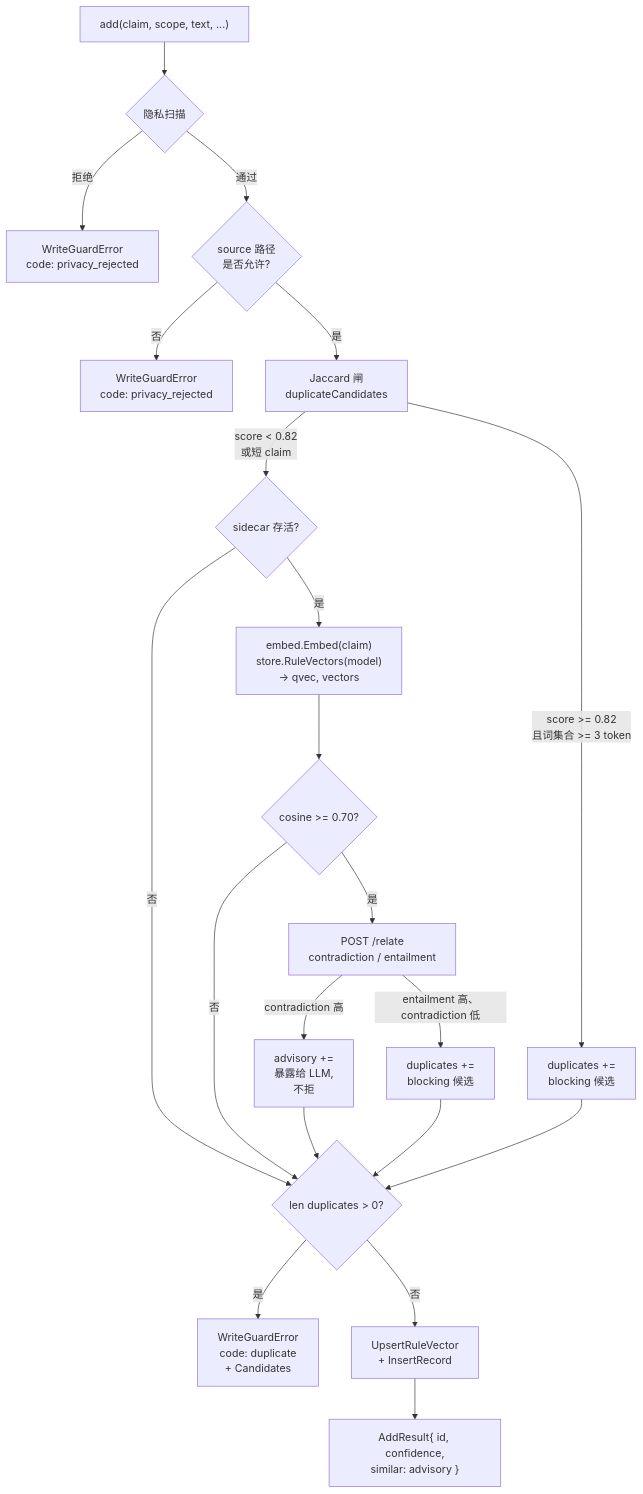
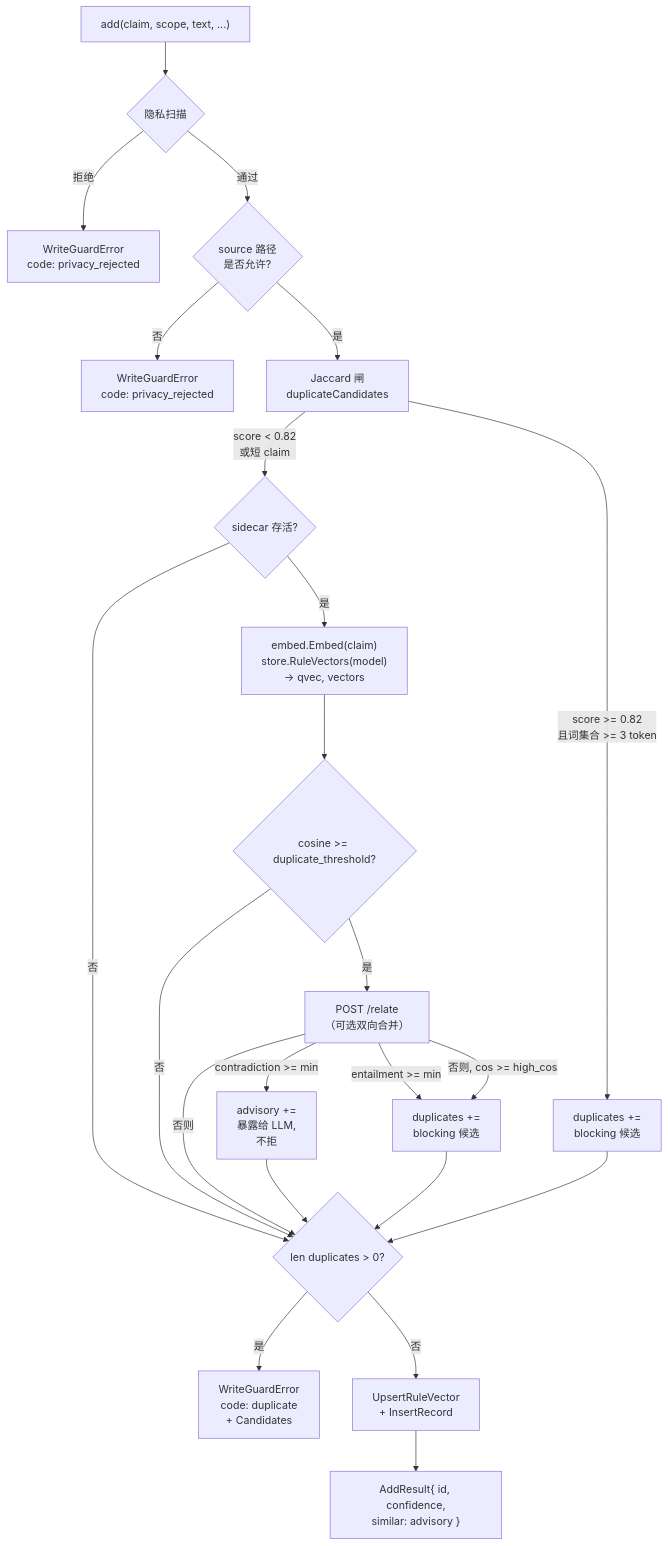
Before and after one commit to SteamedBread2333/imprint: the first of 2 diagrams in docs/semantic-dedup.zh.md, drawn with Mermaid. The commit also changed other lines of this file and 15 other files, not shown here.

````diff
--- a/docs/semantic-dedup.zh.md
+++ b/docs/semantic-dedup.zh.md
@@ -83,23 +83,25 @@
 ```mermaid
 flowchart TD
     A["add(claim, scope, text, ...)"] --> B{隐私扫描}
     B --拒绝--> R1["WriteGuardError<br/>code: privacy_rejected"]
     B --通过--> C{source 路径<br/>是否允许?}
     C --否--> R2["WriteGuardError<br/>code: privacy_rejected"]
     C --是--> D[Jaccard 闸<br/>duplicateCandidates]
     D --score >= 0.82<br/>且词集合 >= 3 token--> DUP["duplicates +=<br/>blocking 候选"]
     D --score < 0.82<br/>或短 claim--> E{sidecar 存活?}
     E --否--> DEC{len duplicates > 0?}
     E --是--> F["embed.Embed(claim)<br/>store.RuleVectors(model)<br/>→ qvec, vectors"]
-    F --> G{cosine >= 0.70?}
+    F --> G{cosine >= duplicate_threshold?}
     G --否--> DEC
-    G --是--> H["POST /relate<br/>contradiction / entailment"]
-    H --contradiction 高--> AD["advisory +=<br/>暴露给 LLM,<br/>不拒"]
-    H --entailment 高、contradiction 低--> BLK["duplicates +=<br/>blocking 候选"]
+    G --是--> H["POST /relate<br/>（可选双向合并）"]
+    H --contradiction >= min--> AD["advisory +=<br/>暴露给 LLM,<br/>不拒"]
+    H --entailment >= min--> BLK["duplicates +=<br/>blocking 候选"]
+    H --否则, cos >= high_cos--> BLK
+    H --否则--> DEC
     AD --> DEC
     BLK --> DEC
     DUP --> DEC
     DEC --是--> R3["WriteGuardError<br/>code: duplicate<br/>+ Candidates"]
     DEC --否--> I[UpsertRuleVector<br/>+ InsertRecord]
     I --> OK["AddResult{ id, confidence,<br/>similar: advisory }"]
 ```
````
